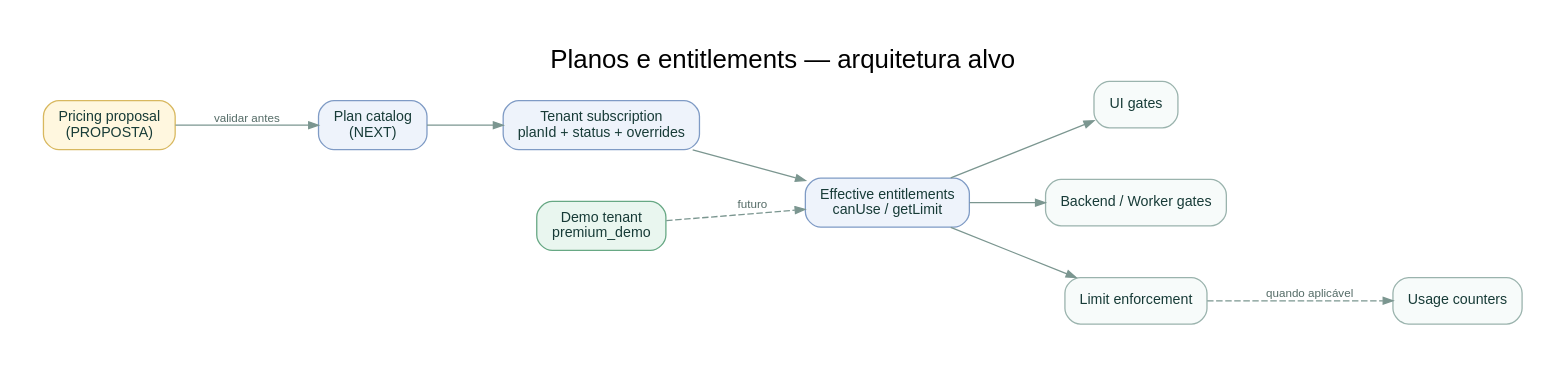
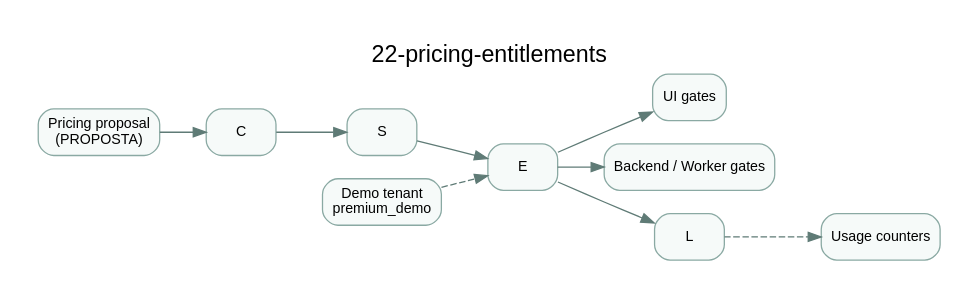
Before and after one commit to CristianoRFB/Dentista: the diagram in docs/versions/v01-multitenant-whitelabel/diagrams/source/22-pricing-entitlements.dot, drawn with Graphviz. The commit also changed 132 other files, not shown here.

```diff
--- a/docs/versions/v01-multitenant-whitelabel/diagrams/source/22-pricing-entitlements.dot
+++ b/docs/versions/v01-multitenant-whitelabel/diagrams/source/22-pricing-entitlements.dot
@@ -1,24 +1,23 @@
 digraph G {
-  graph [rankdir=LR, bgcolor="white", pad="0.35", nodesep="0.55", ranksep="0.8", label="Planos e entitlements — arquitetura alvo", labelloc=t, fontsize=20, fontname="Arial"];
-  node [shape=box, style="rounded,filled", fontname="Arial", fontsize=11, color="#9ab3ad", fillcolor="#f7fbfa", fontcolor="#173b37", margin="0.16,0.10"];
-  edge [color="#7b9690", arrowsize=0.75, fontname="Arial", fontsize=9, fontcolor="#546b66"];
-
-  "Pricing proposal\n(PROPOSTA)" [fillcolor="#fff7df", color="#d8b85f"];
-  "Plan catalog\n(NEXT)" [fillcolor="#eef3fb", color="#7f9bc5"];
-  "Tenant subscription\nplanId + status + overrides" [fillcolor="#eef3fb", color="#7f9bc5"];
-  "Effective entitlements\ncanUse / getLimit" [fillcolor="#eef3fb", color="#7f9bc5"];
-  "UI gates";
-  "Backend / Worker gates";
-  "Limit enforcement";
-  "Usage counters";
-  "Demo tenant\npremium_demo" [fillcolor="#e9f6ef", color="#67a884"];
-
-  "Pricing proposal\n(PROPOSTA)" -> "Plan catalog\n(NEXT)" [label="validar antes"];
-  "Plan catalog\n(NEXT)" -> "Tenant subscription\nplanId + status + overrides";
-  "Tenant subscription\nplanId + status + overrides" -> "Effective entitlements\ncanUse / getLimit";
-  "Effective entitlements\ncanUse / getLimit" -> "UI gates";
-  "Effective entitlements\ncanUse / getLimit" -> "Backend / Worker gates";
-  "Effective entitlements\ncanUse / getLimit" -> "Limit enforcement";
-  "Limit enforcement" -> "Usage counters" [style=dashed, label="quando aplicável"];
-  "Demo tenant\npremium_demo" -> "Effective entitlements\ncanUse / getLimit" [style=dashed, label="futuro"];
+  rankdir=LR;
+  graph [bgcolor="white", pad="0.3", label="22-pricing-entitlements", labelloc=t, fontsize=18, fontname="Arial"];
+  node [shape=box, style="rounded,filled", fillcolor="#f6faf9", color="#8aa9a3", fontname="Arial", fontsize=11];
+  edge [color="#5f7b76", fontname="Arial", fontsize=9];
+  "P" [label="Pricing proposal\n(PROPOSTA)"];
+  "C" [label="C"];
+  "S" [label="S"];
+  "E" [label="E"];
+  "UI" [label="UI gates"];
+  "BE" [label="Backend / Worker gates"];
+  "L" [label="L"];
+  "U" [label="Usage counters"];
+  "D" [label="Demo tenant\npremium_demo"];
+  "P" -> "C";
+  "C" -> "S";
+  "S" -> "E";
+  "E" -> "UI";
+  "E" -> "BE";
+  "E" -> "L";
+  "L" -> "U" [style=dashed];
+  "D" -> "E" [style=dashed];
 }
```
